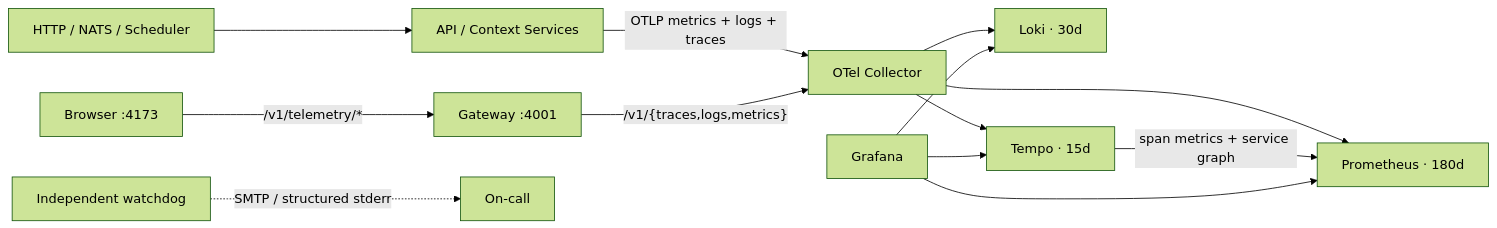
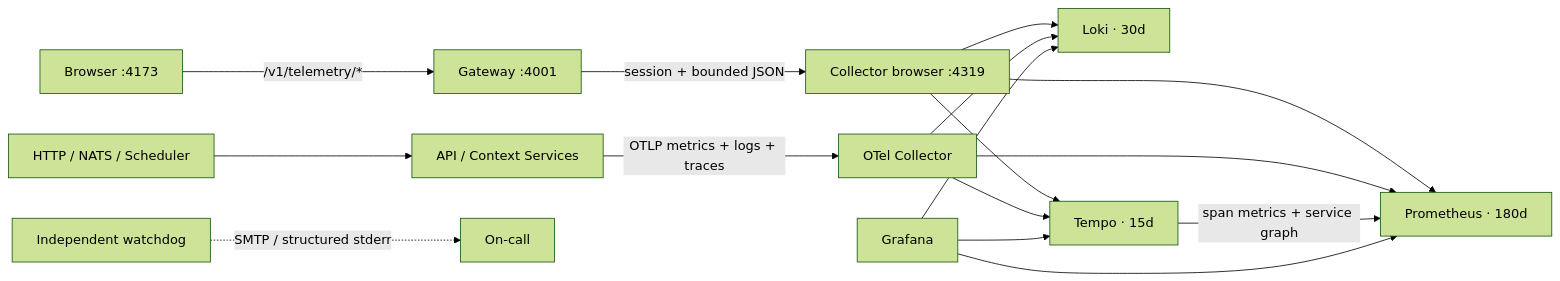
One commit to r4ai/news-podcast changed the first of 3 diagrams in infra/observability/README.md. Above: the diagram before and after it, drawn with Mermaid (forest theme). The commit also changed other lines of this file and 26 other files, not shown here.

````diff
--- a/infra/observability/README.md
+++ b/infra/observability/README.md
@@ -5,15 +5,18 @@
 ```mermaid
 flowchart LR
   Entry["HTTP / NATS / Scheduler"] --> App["API / Context Services"]
   App -->|"OTLP metrics + logs + traces"| Collector["OTel Collector"]
   Browser["Browser :4173"] -->|"/v1/telemetry/*"| Gateway["Gateway :4001"]
-  Gateway -->|"/v1/{traces,logs,metrics}"| Collector
+  Gateway -->|"session + bounded JSON"| BrowserCollector["Collector browser :4319"]
+  BrowserCollector --> Prometheus
+  BrowserCollector --> Loki
+  BrowserCollector --> Tempo
   Collector --> Prometheus["Prometheus · 180d"]
   Collector --> Loki["Loki · 30d"]
   Collector --> Tempo["Tempo · 15d"]
   Tempo -->|"span metrics + service graph"| Prometheus
   Grafana["Grafana"] --> Prometheus
   Grafana --> Loki
   Grafana --> Tempo
   Watchdog["Independent watchdog"] -. "SMTP / structured stderr" .-> OnCall["On-call"]
 ```
````
